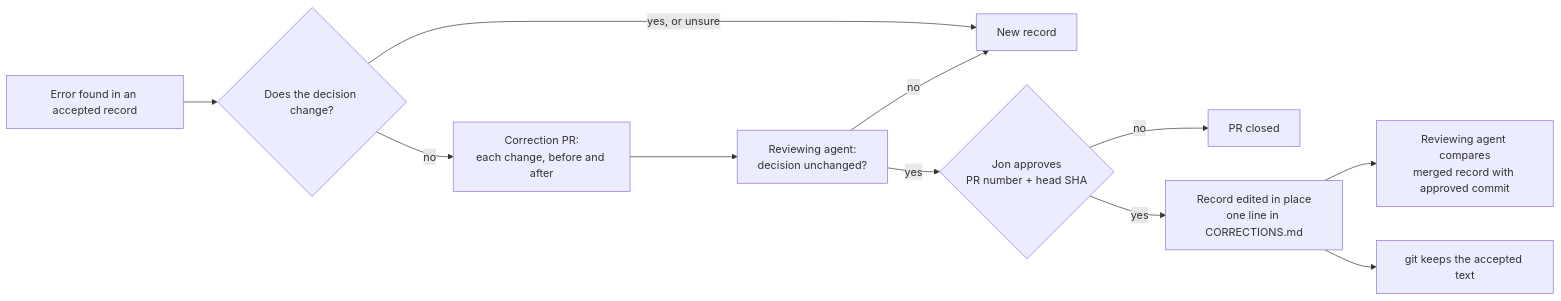
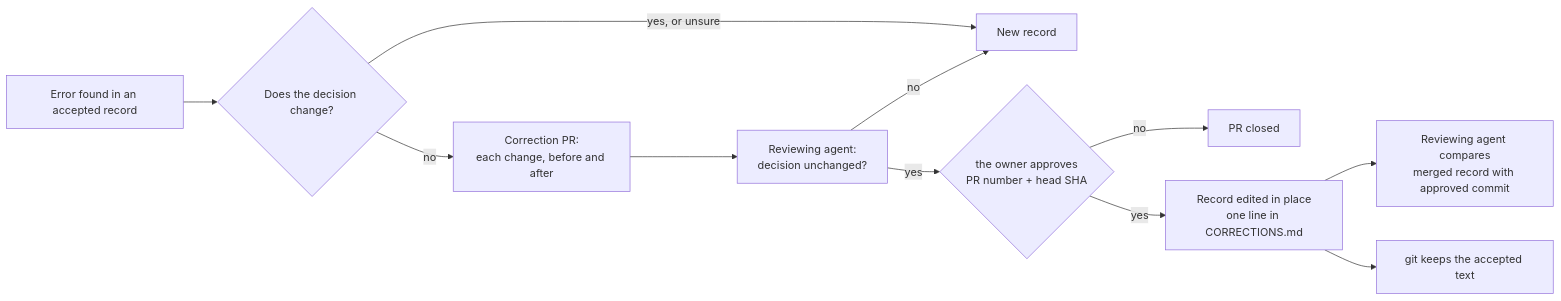
The diagram in docs/decisions/0006-allow-corrections-to-accepted-records.md (jonhill90/central-hub), drawn with Mermaid before and after one commit. The commit also changed other lines of this file and 16 other files, not shown here.

````diff
--- a/docs/decisions/0006-allow-corrections-to-accepted-records.md
+++ b/docs/decisions/0006-allow-corrections-to-accepted-records.md
@@ -52,13 +52,13 @@
 ```mermaid
 flowchart LR
   E[Error found in an accepted record] --> Q{Does the decision change?}
   Q -- yes, or unsure --> N[New record]
   Q -- no --> P[Correction PR:<br/>each change, before and after]
   P --> R[Reviewing agent:<br/>decision unchanged?]
   R -- no --> N
-  R -- yes --> J{Jon approves<br/>PR number + head SHA}
+  R -- yes --> J{the owner approves<br/>PR number + head SHA}
   J -- no --> X[PR closed]
   J -- yes --> C[Record edited in place<br/>one line in CORRECTIONS.md]
   C --> V[Reviewing agent compares<br/>merged record with approved commit]
   C --> G[git keeps the accepted text]
 ```
````
